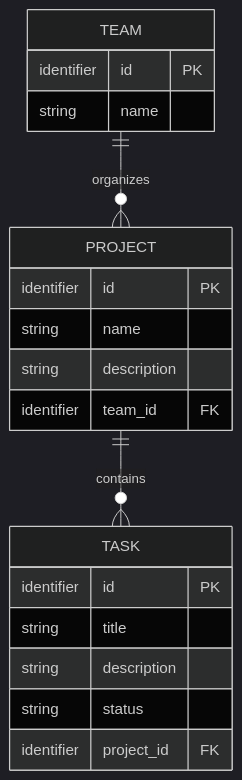
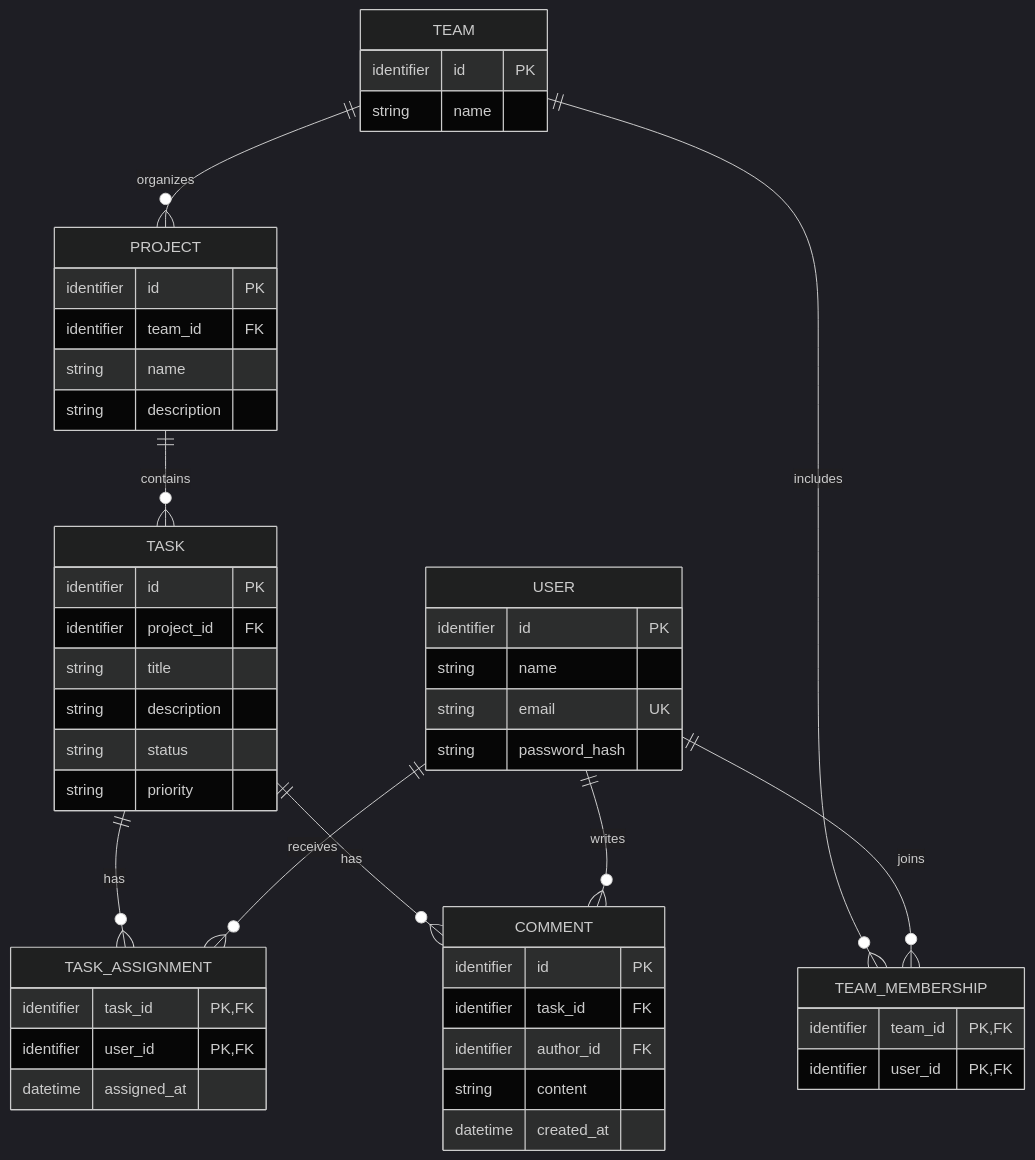
The diagram in docs/database.md (AndrePereiraGitH/Matriz), drawn with Mermaid (dark theme) before and after one commit. The commit also changed other lines of this file and 62 other files, not shown here.

````diff
--- a/docs/database.md
+++ b/docs/database.md
@@ -50,25 +38,58 @@
 ```mermaid
 erDiagram
+    USER {
+        identifier id PK
+        string name
+        string email UK
+        string password_hash
+    }
+
     TEAM {
         identifier id PK
         string name
     }
 
+    TEAM_MEMBERSHIP {
+        identifier team_id PK, FK
+        identifier user_id PK, FK
+    }
+
     PROJECT {
         identifier id PK
+        identifier team_id FK
         string name
         string description
-        identifier team_id FK
     }
 
     TASK {
         identifier id PK
+        identifier project_id FK
         string title
         string description
         string status
-        identifier project_id FK
+        string priority
+    }
+
+    TASK_ASSIGNMENT {
+        identifier task_id PK, FK
+        identifier user_id PK, FK
+        datetime assigned_at
+    }
+
+    COMMENT {
+        identifier id PK
+        identifier task_id FK
+        identifier author_id FK
+        string content
+        datetime created_at
     }
 
     TEAM ||--o{ PROJECT : organizes
+    TEAM ||--o{ TEAM_MEMBERSHIP : includes
+    USER ||--o{ TEAM_MEMBERSHIP : joins
     PROJECT ||--o{ TASK : contains
+    TASK ||--o{ TASK_ASSIGNMENT : has
+    USER ||--o{ TASK_ASSIGNMENT : receives
+    TASK ||--o{ COMMENT : has
+    USER ||--o{ COMMENT : writes
 ```
````
